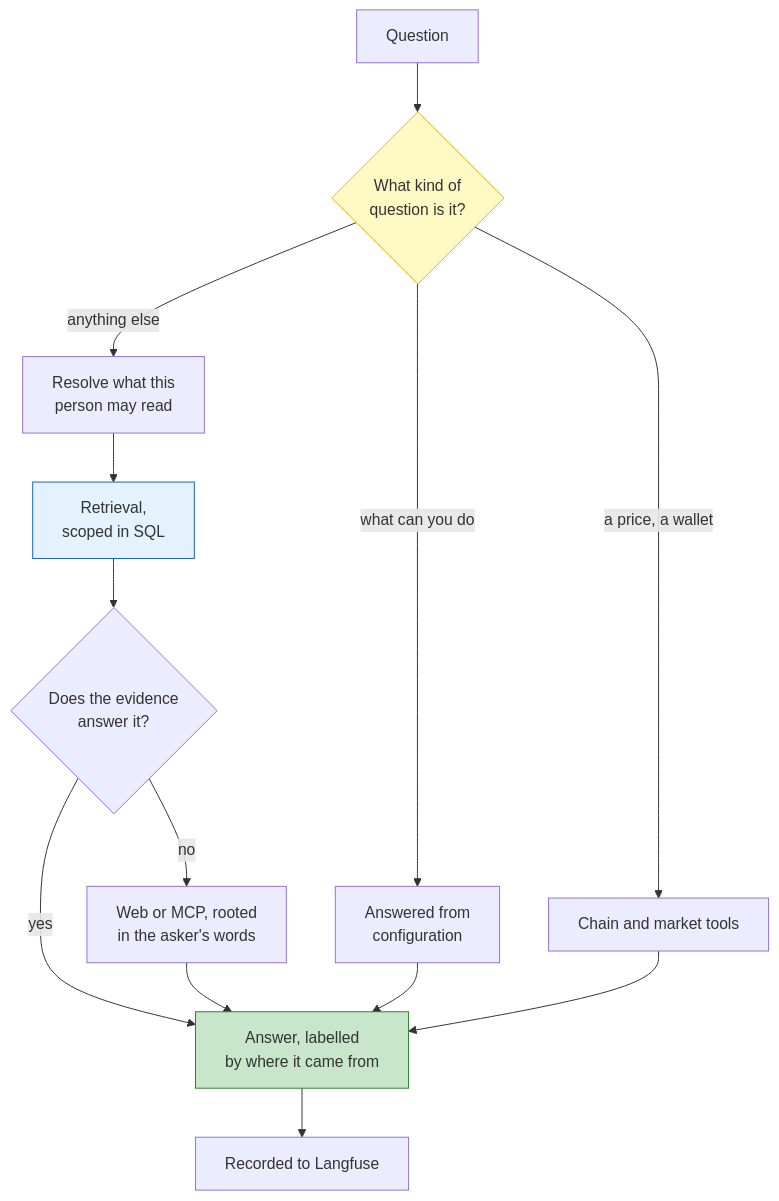
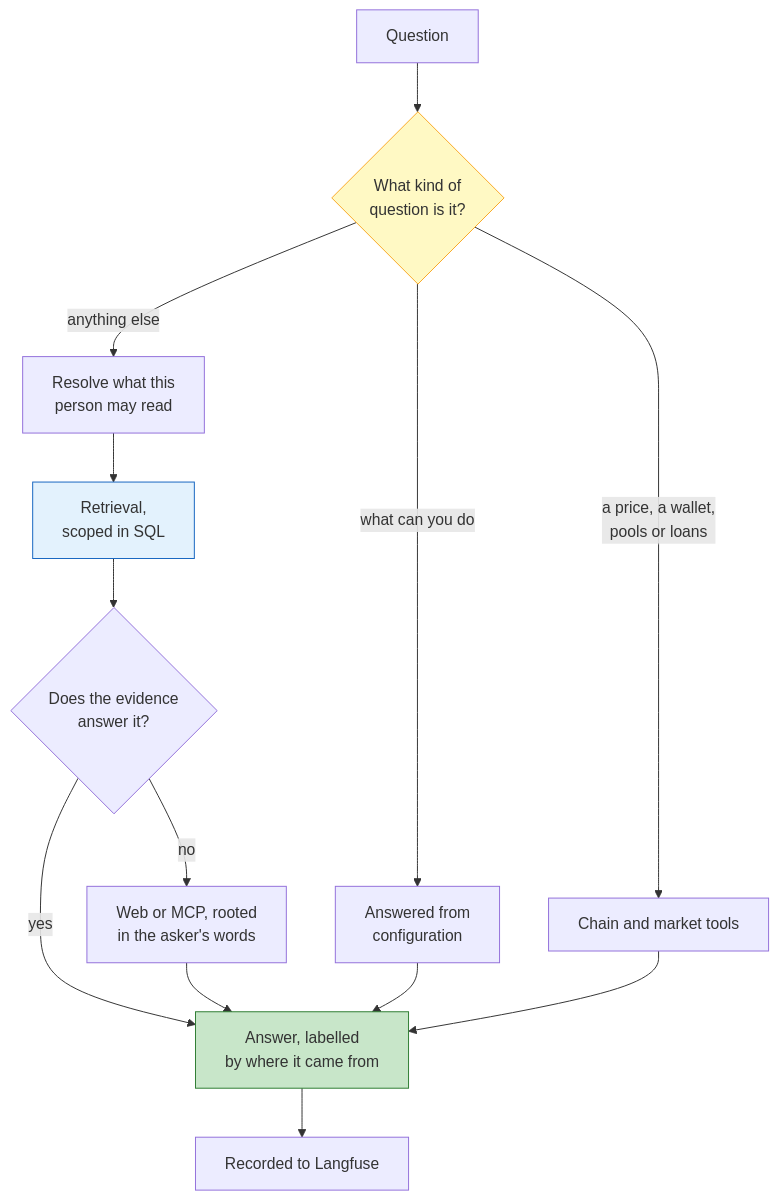
One commit to CyberdyneCorp/CyberFriend changed the third of 3 diagrams in README.md. Above: the diagram before and after it, drawn with Mermaid. The commit also changed other lines of this file and 35 other files, not shown here.

````diff
--- a/README.md
+++ b/README.md
@@ -193,22 +195,22 @@
 ```mermaid
 flowchart TD
     Q["Question"] --> ROUTE{"What kind of<br/>question is it?"}
 
     ROUTE -->|"what can you do"| SELF["Answered from<br/>configuration"]
-    ROUTE -->|"a price, a wallet"| LIVE["Chain and market tools"]
+    ROUTE -->|"a price, a wallet,<br/>pools or loans"| LIVE["Chain and market tools"]
     ROUTE -->|"anything else"| ACL["Resolve what this<br/>person may read"]
 
     ACL --> RET["Retrieval,<br/>scoped in SQL"]
     RET --> ENOUGH{"Does the evidence<br/>answer it?"}
     ENOUGH -->|yes| ANS["Answer, labelled<br/>by where it came from"]
     ENOUGH -->|no| OUT["Web or MCP, rooted<br/>in the asker's words"]
     OUT --> ANS
 
     SELF --> ANS
     LIVE --> ANS
     ANS --> TRACE["Recorded to Langfuse"]
 
     style ROUTE fill:#FFF9C4,stroke:#F9A825
     style RET fill:#E3F2FD,stroke:#1565C0
     style ANS fill:#C8E6C9,stroke:#2E7D32
 ```
````
